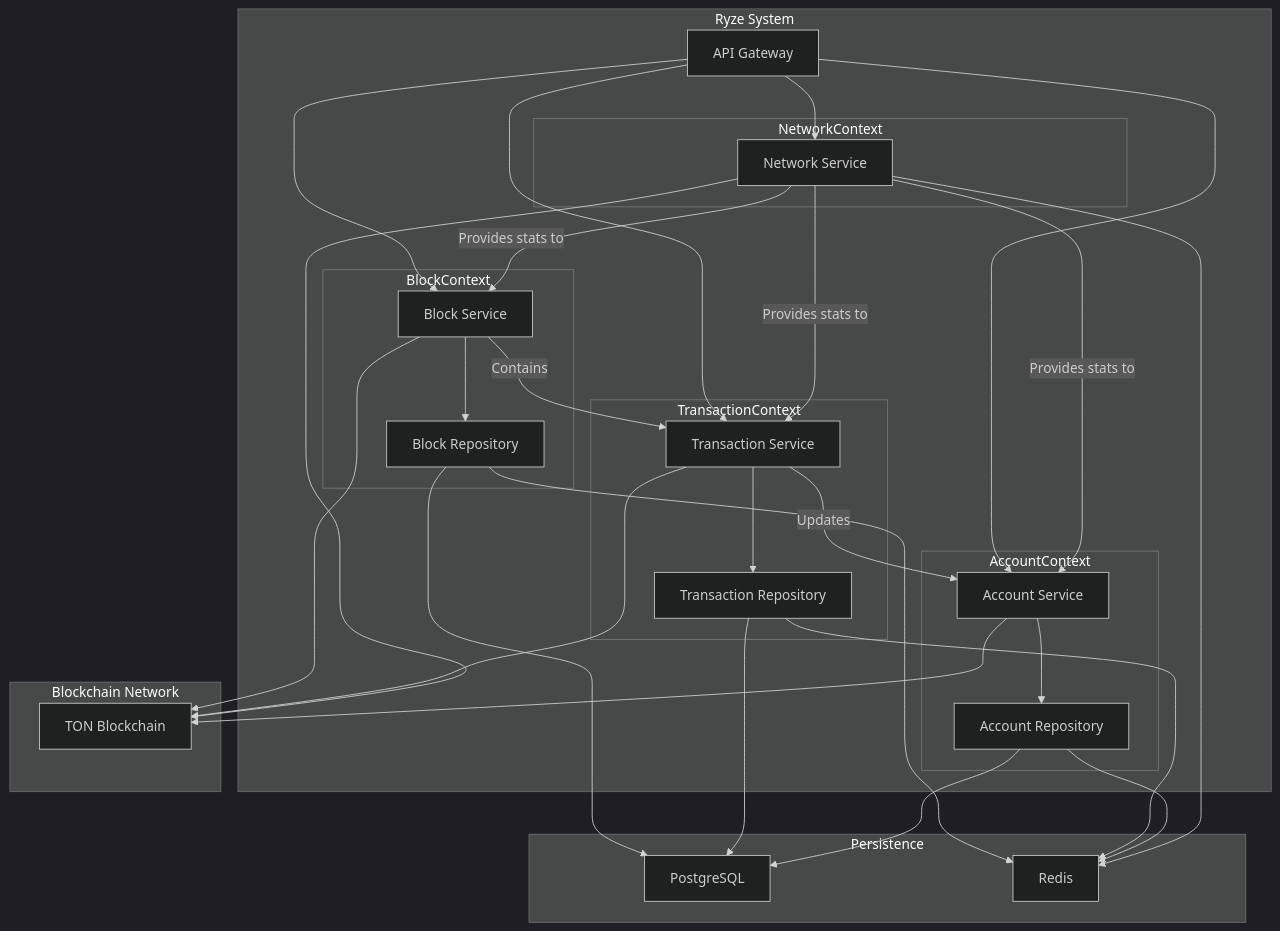
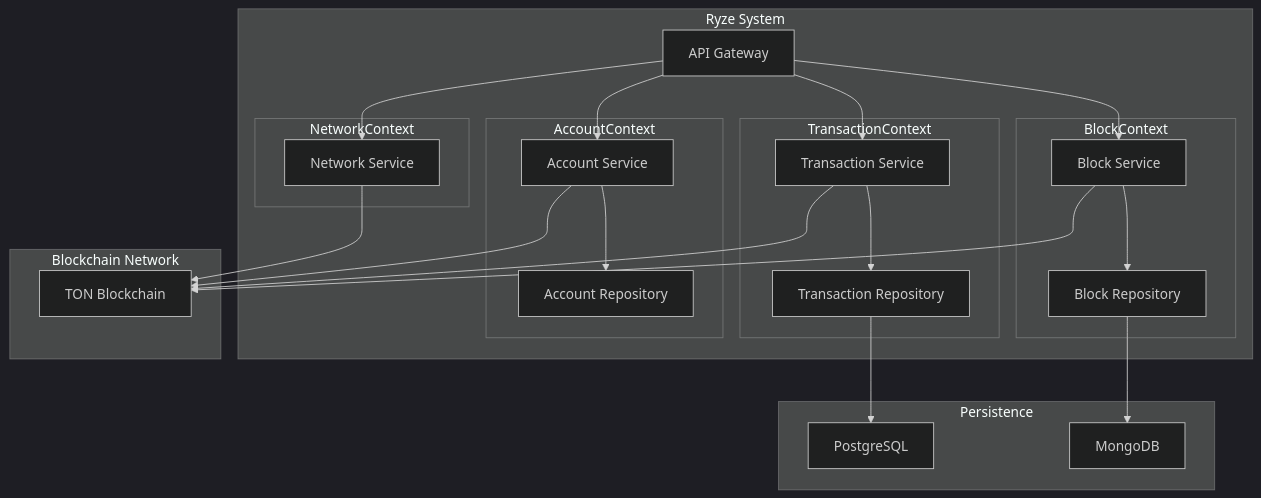
The diagram in README.md (blackhorseya/ryze), drawn with Mermaid (dark theme) before and after one commit.

Commit message:
docs: update README.md graph with revised content relationships
- Update the Persistence section in the graph in README.md to include MongoDB
- Remove Redis from the Persistence section in the graph in README.md
- Update the graph in README.md to link B2 to the newly added MongoDB in the Persistence section
- Adjust the Blockchain Network section in the graph in README.md to have fewer relationships

````diff
--- a/README.md
+++ b/README.md
@@ -164,61 +164,50 @@
 ```mermaid
 graph TD
     subgraph Ryze System
         A[API Gateway]
 
         subgraph BlockContext
             B1[Block Service]
             B2[Block Repository]
         end
 
         subgraph TransactionContext
             C1[Transaction Service]
             C2[Transaction Repository]
         end
 
         subgraph AccountContext
             D1[Account Service]
             D2[Account Repository]
         end
 
         subgraph NetworkContext
             E1[Network Service]
         end
     end
 
     A --> B1
     A --> C1
     A --> D1
     A --> E1
     B1 --> B2
     C1 --> C2
     D1 --> D2
 
     subgraph Persistence
         F1[PostgreSQL]
-        F2[Redis]
+        F3[MongoDB]
     end
 
-    B2 --> F1
     C2 --> F1
-    D2 --> F1
-    B2 --> F2
-    C2 --> F2
-    D2 --> F2
-    E1 --> F2
+    B2 --> F3
 
     subgraph Blockchain Network
         G1[TON Blockchain]
     end
 
     B1 --> G1
     C1 --> G1
     D1 --> G1
     E1 --> G1
-%% Define relationships between contexts
-    B1 -->|Contains| C1
-    C1 -->|Updates| D1
-    E1 -->|Provides stats to| B1
-    E1 -->|Provides stats to| C1
-    E1 -->|Provides stats to| D1
 ```
````
